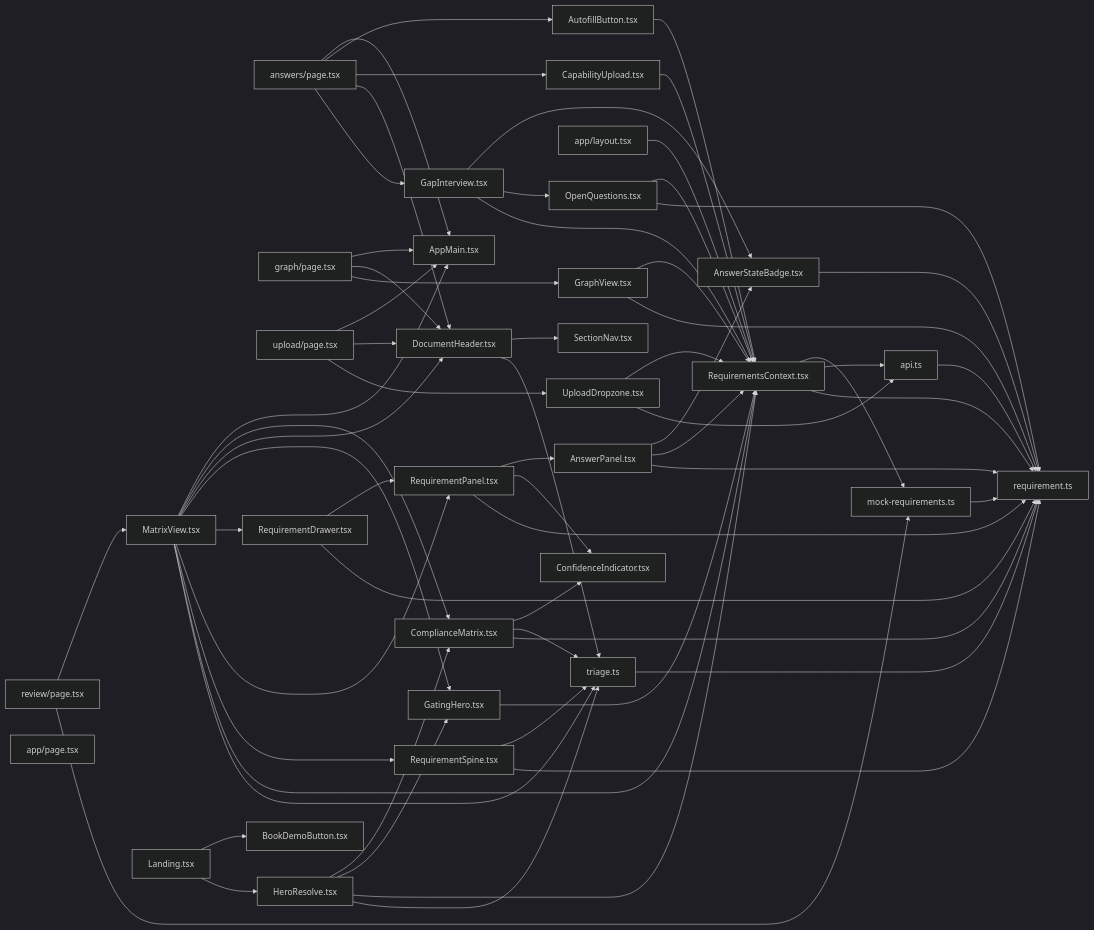
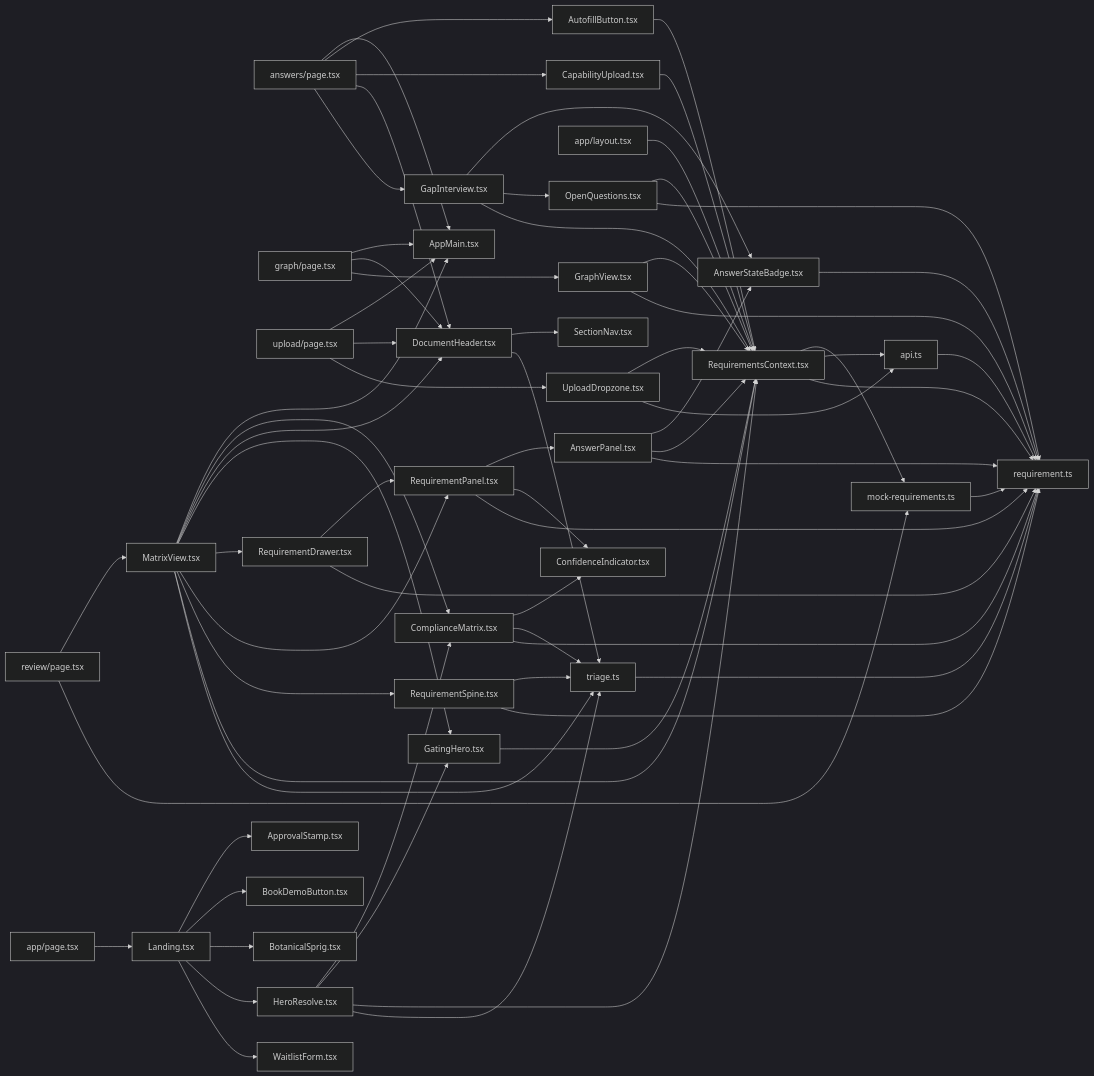
Before and after one commit to Welddevelopment/Tender_Breakdown_AI-Agent: the second of 3 diagrams in CODEMAP.md, drawn with Mermaid (dark theme). The commit also changed other lines of this file and 11 other files, not shown here.

First line of the commit message:
Frontend: overhaul landing to hi-fi (civic record, tilted real-product hero)

````diff
--- a/CODEMAP.md
+++ b/CODEMAP.md
@@ -43,67 +43,70 @@
 ```mermaid
 graph LR
   n0[answers/page.tsx] --> n1[AppMain.tsx]
   n0[answers/page.tsx] --> n2[AutofillButton.tsx]
   n0[answers/page.tsx] --> n3[CapabilityUpload.tsx]
   n0[answers/page.tsx] --> n4[DocumentHeader.tsx]
   n0[answers/page.tsx] --> n5[GapInterview.tsx]
   n6[graph/page.tsx] --> n1[AppMain.tsx]
   n6[graph/page.tsx] --> n4[DocumentHeader.tsx]
   n6[graph/page.tsx] --> n7[GraphView.tsx]
   n8[app/layout.tsx] --> n9[RequirementsContext.tsx]
-  n10[review/page.tsx] --> n11[MatrixView.tsx]
-  n10[review/page.tsx] --> n12[mock-requirements.ts]
-  n13[upload/page.tsx] --> n1[AppMain.tsx]
-  n13[upload/page.tsx] --> n4[DocumentHeader.tsx]
-  n13[upload/page.tsx] --> n14[UploadDropzone.tsx]
-  n15[AnswerPanel.tsx] --> n16[AnswerStateBadge.tsx]
-  n15[AnswerPanel.tsx] --> n9[RequirementsContext.tsx]
-  n15[AnswerPanel.tsx] --> n17[requirement.ts]
-  n16[AnswerStateBadge.tsx] --> n17[requirement.ts]
+  n10[app/page.tsx] --> n11[Landing.tsx]
+  n12[review/page.tsx] --> n13[MatrixView.tsx]
+  n12[review/page.tsx] --> n14[mock-requirements.ts]
+  n15[upload/page.tsx] --> n1[AppMain.tsx]
+  n15[upload/page.tsx] --> n4[DocumentHeader.tsx]
+  n15[upload/page.tsx] --> n16[UploadDropzone.tsx]
+  n17[AnswerPanel.tsx] --> n18[AnswerStateBadge.tsx]
+  n17[AnswerPanel.tsx] --> n9[RequirementsContext.tsx]
+  n17[AnswerPanel.tsx] --> n19[requirement.ts]
+  n18[AnswerStateBadge.tsx] --> n19[requirement.ts]
   n2[AutofillButton.tsx] --> n9[RequirementsContext.tsx]
   n3[CapabilityUpload.tsx] --> n9[RequirementsContext.tsx]
-  n18[ComplianceMatrix.tsx] --> n19[ConfidenceIndicator.tsx]
-  n18[ComplianceMatrix.tsx] --> n20[triage.ts]
-  n18[ComplianceMatrix.tsx] --> n17[requirement.ts]
-  n4[DocumentHeader.tsx] --> n21[SectionNav.tsx]
-  n4[DocumentHeader.tsx] --> n20[triage.ts]
-  n5[GapInterview.tsx] --> n16[AnswerStateBadge.tsx]
-  n5[GapInterview.tsx] --> n22[OpenQuestions.tsx]
+  n20[ComplianceMatrix.tsx] --> n21[ConfidenceIndicator.tsx]
+  n20[ComplianceMatrix.tsx] --> n22[triage.ts]
+  n20[ComplianceMatrix.tsx] --> n19[requirement.ts]
+  n4[DocumentHeader.tsx] --> n23[SectionNav.tsx]
+  n4[DocumentHeader.tsx] --> n22[triage.ts]
+  n5[GapInterview.tsx] --> n18[AnswerStateBadge.tsx]
+  n5[GapInterview.tsx] --> n24[OpenQuestions.tsx]
   n5[GapInterview.tsx] --> n9[RequirementsContext.tsx]
-  n23[GatingHero.tsx] --> n9[RequirementsContext.tsx]
+  n25[GatingHero.tsx] --> n9[RequirementsContext.tsx]
   n7[GraphView.tsx] --> n9[RequirementsContext.tsx]
-  n7[GraphView.tsx] --> n17[requirement.ts]
-  n11[MatrixView.tsx] --> n1[AppMain.tsx]
-  n11[MatrixView.tsx] --> n18[ComplianceMatrix.tsx]
-  n11[MatrixView.tsx] --> n4[DocumentHeader.tsx]
-  n11[MatrixView.tsx] --> n23[GatingHero.tsx]
-  n11[MatrixView.tsx] --> n24[RequirementDrawer.tsx]
-  n11[MatrixView.tsx] --> n25[RequirementPanel.tsx]
-  n11[MatrixView.tsx] --> n26[RequirementSpine.tsx]
-  n11[MatrixView.tsx] --> n9[RequirementsContext.tsx]
-  n11[MatrixView.tsx] --> n20[triage.ts]
-  n22[OpenQuestions.tsx] --> n9[RequirementsContext.tsx]
-  n22[OpenQuestions.tsx] --> n17[requirement.ts]
-  n24[RequirementDrawer.tsx] --> n25[RequirementPanel.tsx]
-  n24[RequirementDrawer.tsx] --> n17[requirement.ts]
-  n25[RequirementPanel.tsx] --> n15[AnswerPanel.tsx]
-  n25[RequirementPanel.tsx] --> n19[ConfidenceIndicator.tsx]
-  n25[RequirementPanel.tsx] --> n17[requirement.ts]
-  n26[RequirementSpine.tsx] --> n20[triage.ts]
-  n26[RequirementSpine.tsx] --> n17[requirement.ts]
-  n14[UploadDropzone.tsx] --> n9[RequirementsContext.tsx]
-  n14[UploadDropzone.tsx] --> n27[api.ts]
-  n28[HeroResolve.tsx] --> n18[ComplianceMatrix.tsx]
-  n28[HeroResolve.tsx] --> n23[GatingHero.tsx]
-  n28[HeroResolve.tsx] --> n9[RequirementsContext.tsx]
-  n28[HeroResolve.tsx] --> n20[triage.ts]
-  n29[Landing.tsx] --> n30[BookDemoButton.tsx]
-  n29[Landing.tsx] --> n28[HeroResolve.tsx]
-  n9[RequirementsContext.tsx] --> n12[mock-requirements.ts]
-  n9[RequirementsContext.tsx] --> n27[api.ts]
-  n9[RequirementsContext.tsx] --> n17[requirement.ts]
-  n12[mock-requirements.ts] --> n17[requirement.ts]
-  n27[api.ts] --> n17[requirement.ts]
-  n20[triage.ts] --> n17[requirement.ts]
-  n31[app/page.tsx]
+  n7[GraphView.tsx] --> n19[requirement.ts]
+  n13[MatrixView.tsx] --> n1[AppMain.tsx]
+  n13[MatrixView.tsx] --> n20[ComplianceMatrix.tsx]
+  n13[MatrixView.tsx] --> n4[DocumentHeader.tsx]
+  n13[MatrixView.tsx] --> n25[GatingHero.tsx]
+  n13[MatrixView.tsx] --> n26[RequirementDrawer.tsx]
+  n13[MatrixView.tsx] --> n27[RequirementPanel.tsx]
+  n13[MatrixView.tsx] --> n28[RequirementSpine.tsx]
+  n13[MatrixView.tsx] --> n9[RequirementsContext.tsx]
+  n13[MatrixView.tsx] --> n22[triage.ts]
+  n24[OpenQuestions.tsx] --> n9[RequirementsContext.tsx]
+  n24[OpenQuestions.tsx] --> n19[requirement.ts]
+  n26[RequirementDrawer.tsx] --> n27[RequirementPanel.tsx]
+  n26[RequirementDrawer.tsx] --> n19[requirement.ts]
+  n27[RequirementPanel.tsx] --> n17[AnswerPanel.tsx]
+  n27[RequirementPanel.tsx] --> n21[ConfidenceIndicator.tsx]
+  n27[RequirementPanel.tsx] --> n19[requirement.ts]
+  n28[RequirementSpine.tsx] --> n22[triage.ts]
+  n28[RequirementSpine.tsx] --> n19[requirement.ts]
+  n16[UploadDropzone.tsx] --> n9[RequirementsContext.tsx]
+  n16[UploadDropzone.tsx] --> n29[api.ts]
+  n30[HeroResolve.tsx] --> n20[ComplianceMatrix.tsx]
+  n30[HeroResolve.tsx] --> n25[GatingHero.tsx]
+  n30[HeroResolve.tsx] --> n9[RequirementsContext.tsx]
+  n30[HeroResolve.tsx] --> n22[triage.ts]
+  n11[Landing.tsx] --> n31[ApprovalStamp.tsx]
+  n11[Landing.tsx] --> n32[BookDemoButton.tsx]
+  n11[Landing.tsx] --> n33[BotanicalSprig.tsx]
+  n11[Landing.tsx] --> n30[HeroResolve.tsx]
+  n11[Landing.tsx] --> n34[WaitlistForm.tsx]
+  n9[RequirementsContext.tsx] --> n14[mock-requirements.ts]
+  n9[RequirementsContext.tsx] --> n29[api.ts]
+  n9[RequirementsContext.tsx] --> n19[requirement.ts]
+  n14[mock-requirements.ts] --> n19[requirement.ts]
+  n29[api.ts] --> n19[requirement.ts]
+  n22[triage.ts] --> n19[requirement.ts]
 ```
````
